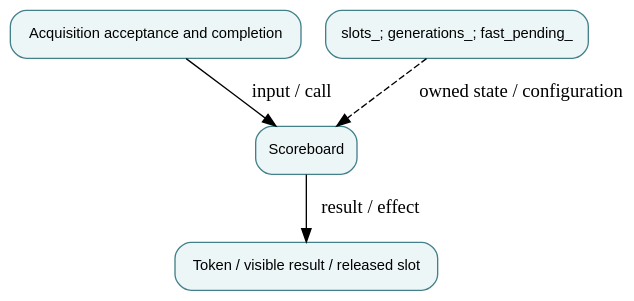
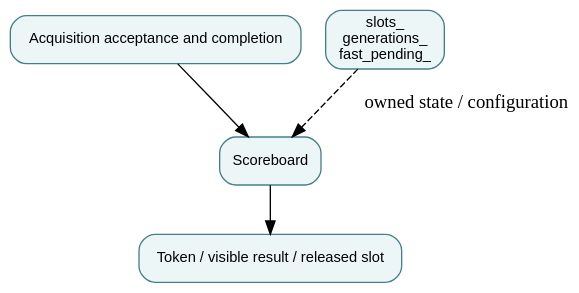
One commit to qsbit-org/qsbit-sim changed the diagram in docs/modules/measurement-scoreboard-and-cpu-feedback.md. Above: the diagram before and after it, drawn with Graphviz. The commit also changed other lines of this file and 41 other files, not shown here.

````diff
--- a/docs/modules/measurement-scoreboard-and-cpu-feedback.md
+++ b/docs/modules/measurement-scoreboard-and-cpu-feedback.md
@@ -17,11 +15,11 @@
 ```{graphviz}
 digraph module {
   rankdir=TB; bgcolor="transparent";
   node [shape=box, style="rounded,filled", fillcolor="#edf6f7", color="#43818a", fontname="sans-serif", fontsize=11];
   input [label="Acquisition acceptance and completion"];
   owner [label="Scoreboard"];
-  state [label="slots_; generations_; fast_pending_"];
+  state [label="slots_\ngenerations_\nfast_pending_"];
   output [label="Token / visible result / released slot"];
-  input -> owner [label="input / call"]; owner -> output [label="result / effect"]; state -> owner [style=dashed, label="owned state / configuration"];
+  input -> owner; owner -> output; state -> owner [style=dashed, label="owned state / configuration"];
 }
 ```
````
